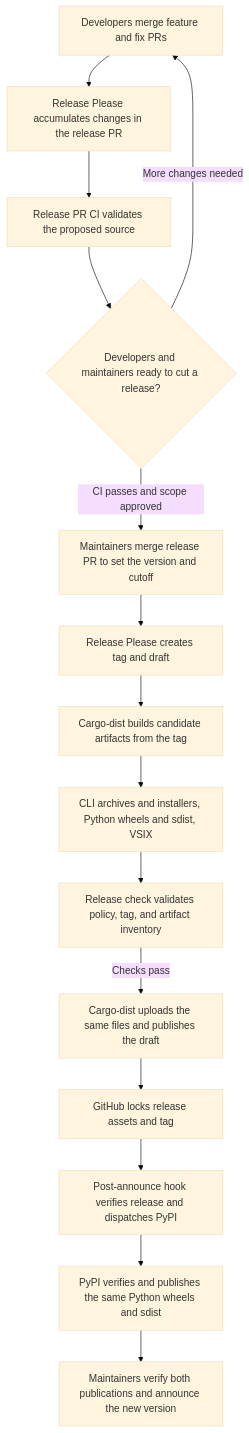
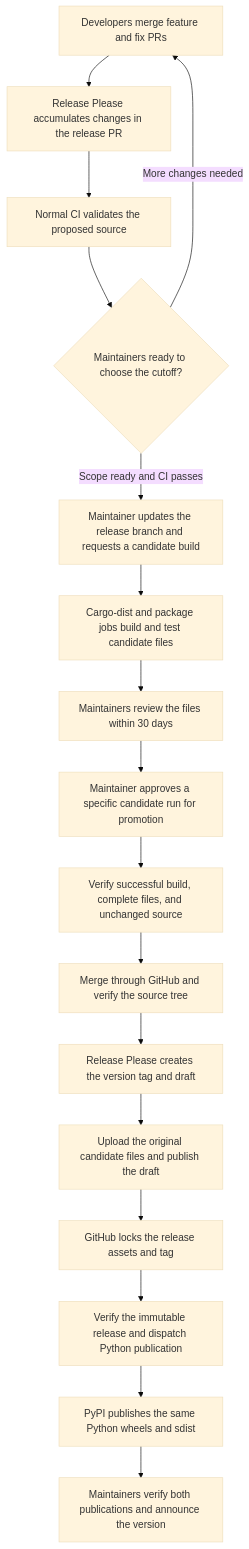
Before and after one commit to NatLabRockies/arco: the first of 2 diagrams in RELEASE_POLICY.md, drawn with Mermaid (base theme). The commit also changed other lines of this file and 20 other files, not shown here.

Commit message:
feat(release): promote maintainer-approved candidate artifacts

````diff
--- a/RELEASE_POLICY.md
+++ b/RELEASE_POLICY.md
@@ -44,22 +35,24 @@
 ```mermaid
 flowchart TD
     Changes[Developers merge feature and fix PRs]
     PR[Release Please accumulates changes in the release PR]
-    CI[Release PR CI validates the proposed source]
-    Cutoff{Developers and maintainers ready to cut a release?}
-    Merge[Maintainers merge release PR to set the version and cutoff]
-    Draft[Release Please creates tag and draft]
-    Build[Cargo-dist builds candidate artifacts from the tag]
-    Candidates[CLI archives and installers, Python wheels and sdist, VSIX]
-    Check[Release check validates policy, tag, and artifact inventory]
-    Publish[Cargo-dist uploads the same files and publishes the draft]
-    Lock[GitHub locks release assets and tag]
-    Dispatch[Post-announce hook verifies release and dispatches PyPI]
-    PyPI[PyPI verifies and publishes the same Python wheels and sdist]
-    Verify[Maintainers verify both publications and announce the new version]
+    CI[Normal CI validates the proposed source]
+    Cutoff{Maintainers ready to choose the cutoff?}
+    Build[Maintainer updates the release branch and requests a candidate build]
+    Candidate[Cargo-dist and package jobs build and test candidate files]
+    Review[Maintainers review the files within 30 days]
+    Approve[Maintainer approves a specific candidate run for promotion]
+    Guard[Verify successful build, complete files, and unchanged source]
+    Merge[Merge through GitHub and verify the source tree]
+    Tag[Release Please creates the version tag and draft]
+    Publish[Upload the original candidate files and publish the draft]
+    Lock[GitHub locks the release assets and tag]
+    Verify[Verify the immutable release and dispatch Python publication]
+    PyPI[PyPI publishes the same Python wheels and sdist]
+    Announce[Maintainers verify both publications and announce the version]
     Changes --> PR --> CI --> Cutoff
     Cutoff -->|More changes needed| Changes
-    Cutoff -->|CI passes and scope approved| Merge
-    Merge --> Draft --> Build --> Candidates --> Check
-    Check -->|Checks pass| Publish --> Lock --> Dispatch --> PyPI --> Verify
+    Cutoff -->|Scope ready and CI passes| Build
+    Build --> Candidate --> Review --> Approve --> Guard
+    Guard --> Merge --> Tag --> Publish --> Lock --> Verify --> PyPI --> Announce
 ```
````
